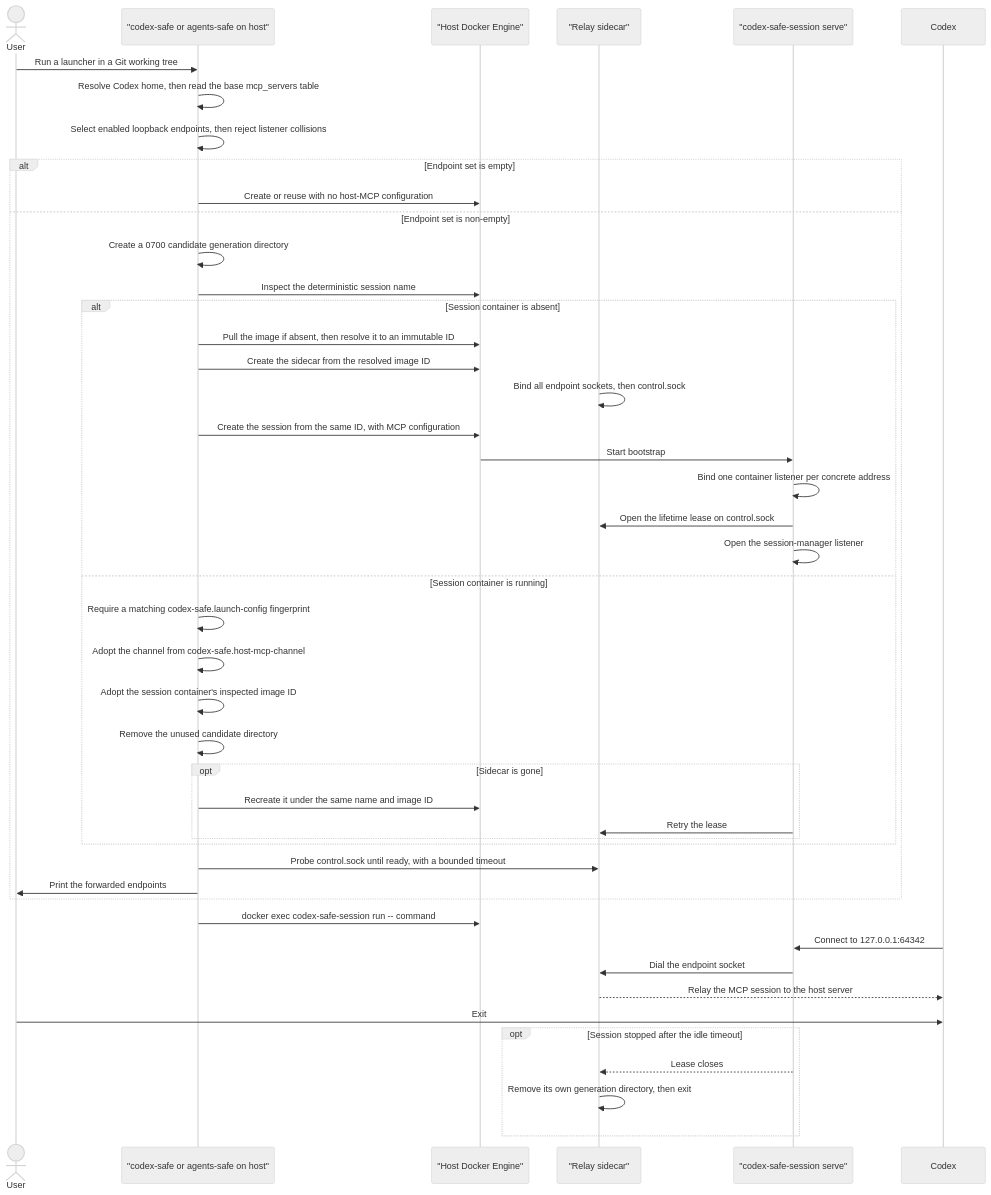
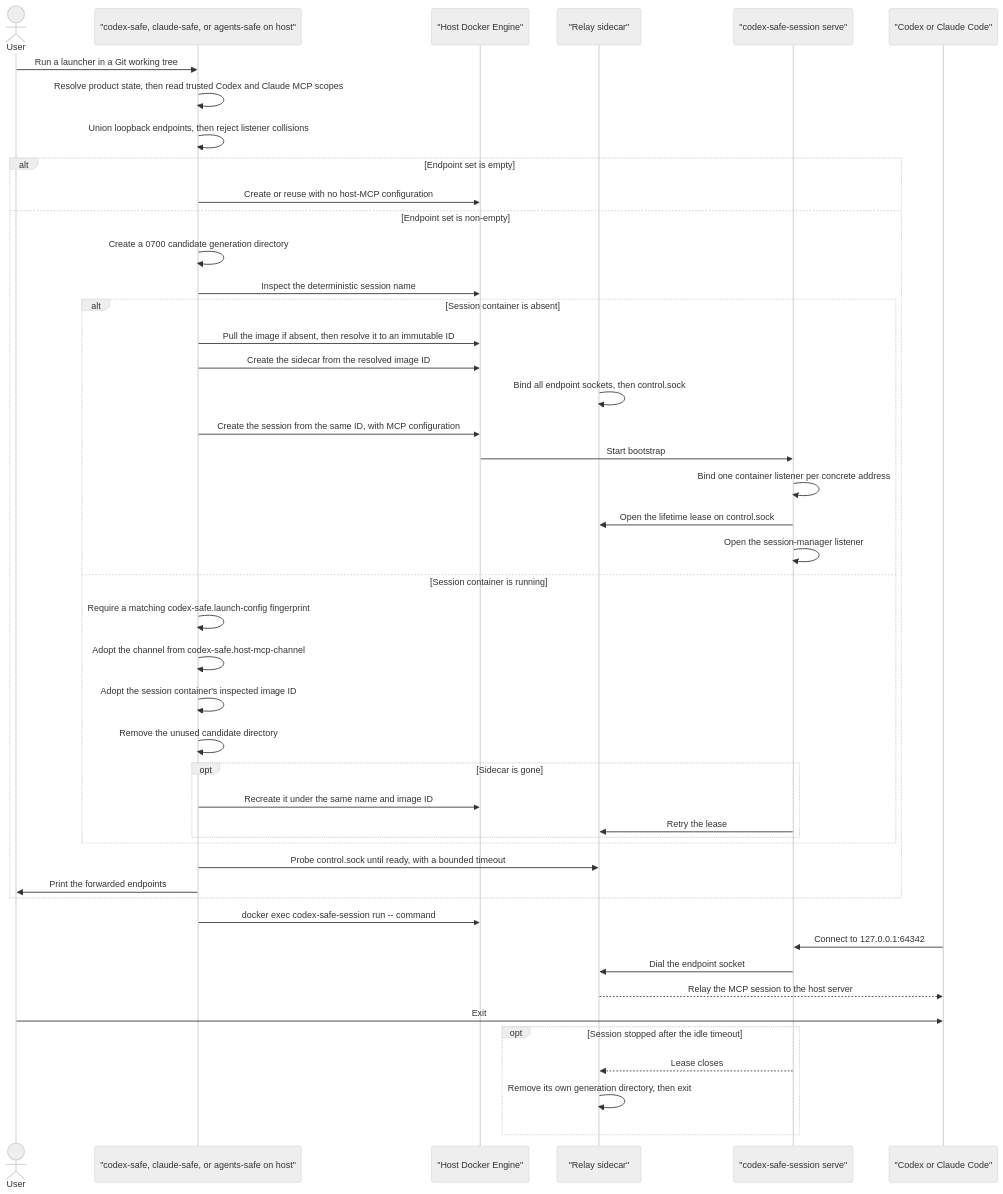
Before and after one commit to vkuptcov/agents-safe-environment: the second of 2 diagrams in docs/design-docs/host-mcp-forwarding.md, drawn with Mermaid (neutral theme). The commit also changed other lines of this file and 48 other files, not shown here.

Commit message:
Claude code support (#13)

````diff
--- a/docs/design-docs/host-mcp-forwarding.md
+++ b/docs/design-docs/host-mcp-forwarding.md
@@ -567,49 +569,49 @@
 ```mermaid
 sequenceDiagram
     actor User
-    participant Launcher as "codex-safe or agents-safe on host"
+    participant Launcher as "codex-safe, claude-safe, or agents-safe on host"
     participant HostDocker as "Host Docker Engine"
     participant Relay as "Relay sidecar"
     participant Serve as "codex-safe-session serve"
-    participant Codex
+    participant Agent as "Codex or Claude Code"
 
     User->>Launcher: Run a launcher in a Git working tree
-    Launcher->>Launcher: Resolve Codex home, then read the base mcp_servers table
-    Launcher->>Launcher: Select enabled loopback endpoints, then reject listener collisions
+    Launcher->>Launcher: Resolve product state, then read trusted Codex and Claude MCP scopes
+    Launcher->>Launcher: Union loopback endpoints, then reject listener collisions
     alt Endpoint set is empty
         Launcher->>HostDocker: Create or reuse with no host-MCP configuration
     else Endpoint set is non-empty
         Launcher->>Launcher: Create a 0700 candidate generation directory
         Launcher->>HostDocker: Inspect the deterministic session name
         alt Session container is absent
             Launcher->>HostDocker: Pull the image if absent, then resolve it to an immutable ID
             Launcher->>HostDocker: Create the sidecar from the resolved image ID
             Relay->>Relay: Bind all endpoint sockets, then control.sock
             Launcher->>HostDocker: Create the session from the same ID, with MCP configuration
             HostDocker->>Serve: Start bootstrap
             Serve->>Serve: Bind one container listener per concrete address
             Serve->>Relay: Open the lifetime lease on control.sock
             Serve->>Serve: Open the session-manager listener
         else Session container is running
             Launcher->>Launcher: Require a matching codex-safe.launch-config fingerprint
             Launcher->>Launcher: Adopt the channel from codex-safe.host-mcp-channel
             Launcher->>Launcher: Adopt the session container's inspected image ID
             Launcher->>Launcher: Remove the unused candidate directory
             opt Sidecar is gone
                 Launcher->>HostDocker: Recreate it under the same name and image ID
                 Serve->>Relay: Retry the lease
             end
         end
         Launcher->>Relay: Probe control.sock until ready, with a bounded timeout
         Launcher->>User: Print the forwarded endpoints
     end
     Launcher->>HostDocker: docker exec codex-safe-session run -- command
-    Codex->>Serve: Connect to 127.0.0.1:64342
+    Agent->>Serve: Connect to 127.0.0.1:64342
     Serve->>Relay: Dial the endpoint socket
-    Relay-->>Codex: Relay the MCP session to the host server
-    User->>Codex: Exit
+    Relay-->>Agent: Relay the MCP session to the host server
+    User->>Agent: Exit
     opt Session stopped after the idle timeout
         Serve-->>Relay: Lease closes
         Relay->>Relay: Remove its own generation directory, then exit
     end
 ```
````
